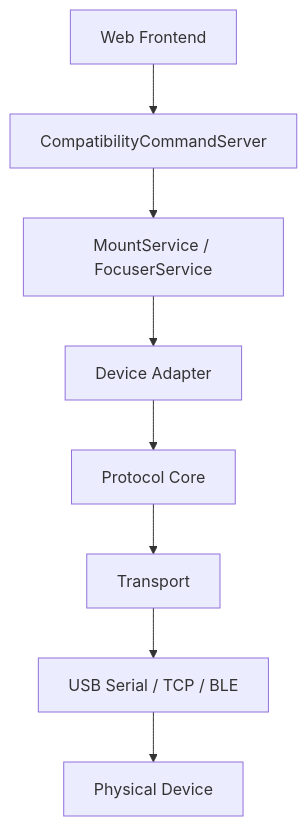
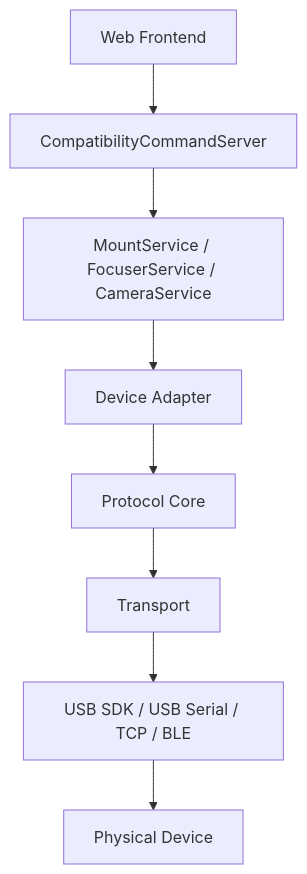
Before and after one commit to HongyunQiu/QUARCS_app_andorid: the diagram in doc/安卓硬件支持统一架构设计.md, drawn with Mermaid. The commit also changed other lines of this file and 22 other files, not shown here.

````diff
--- a/doc/安卓硬件支持统一架构设计.md
+++ b/doc/安卓硬件支持统一架构设计.md
@@ -75,10 +78,10 @@
 ```mermaid
 flowchart TD
     A[Web Frontend] --> B[CompatibilityCommandServer]
-    B --> C[MountService / FocuserService]
+    B --> C[MountService / FocuserService / CameraService]
     C --> D[Device Adapter]
     D --> E[Protocol Core]
     E --> F[Transport]
-    F --> G[USB Serial / TCP / BLE]
+    F --> G[USB SDK / USB Serial / TCP / BLE]
     G --> H[Physical Device]
 ```
````
